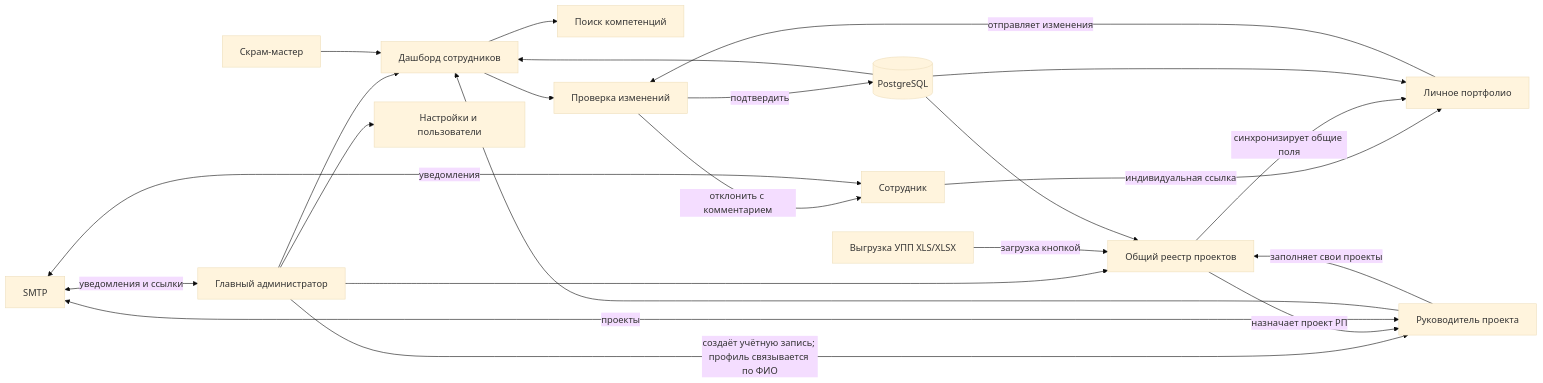
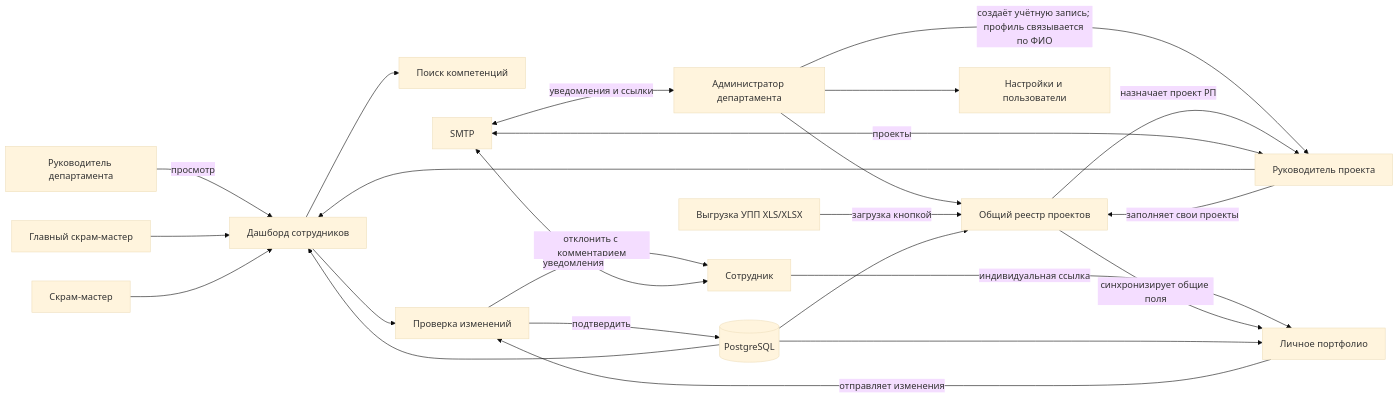
One commit to Krilkalli/portfolioweb changed the first of 5 diagrams in SETUP.md. Above: the diagram before and after it, drawn with Mermaid (base theme). The commit also changed other lines of this file and 26 other files, not shown here.

````diff
--- a/SETUP.md
+++ b/SETUP.md
@@ -98,28 +96,29 @@
 ```mermaid
 flowchart LR
-    ADMIN[Главный администратор] --> DASH[Дашборд сотрудников]
+    RD[Руководитель департамента] -->|просмотр| DASH[Дашборд сотрудников]
+    GSM[Главный скрам-мастер] --> DASH
     SCRUM[Скрам-мастер] --> DASH
     RP[Руководитель проекта] --> DASH
     DASH --> SEARCH[Поиск компетенций]
     DASH --> REVIEW[Проверка изменений]
-    ADMIN --> PROJECTS[Общий реестр проектов]
-    ADMIN --> SETTINGS[Настройки и пользователи]
+    AD[Администратор департамента] --> PROJECTS[Общий реестр проектов]
+    AD --> SETTINGS[Настройки и пользователи]
 
     EMP[Сотрудник] -->|индивидуальная ссылка| FORM[Личное портфолио]
     FORM -->|отправляет изменения| REVIEW
     REVIEW -->|подтвердить| DB[(PostgreSQL)]
     REVIEW -->|отклонить с комментарием| EMP
 
-    ADMIN -->|создаёт учётную запись; профиль связывается по ФИО| RP
+    AD -->|создаёт учётную запись; профиль связывается по ФИО| RP
     PROJECTS -->|назначает проект РП| RP
     RP -->|заполняет свои проекты| PROJECTS
     PROJECTS -->|синхронизирует общие поля| FORM
 
     UPP[Выгрузка УПП XLS/XLSX] -->|загрузка кнопкой| PROJECTS
     DB --> DASH
     DB --> PROJECTS
     DB --> FORM
-    MAIL[SMTP] <-->|уведомления и ссылки| ADMIN
+    MAIL[SMTP] <-->|уведомления и ссылки| AD
     MAIL <-->|уведомления| EMP
     MAIL <-->|проекты| RP
 ```
````
